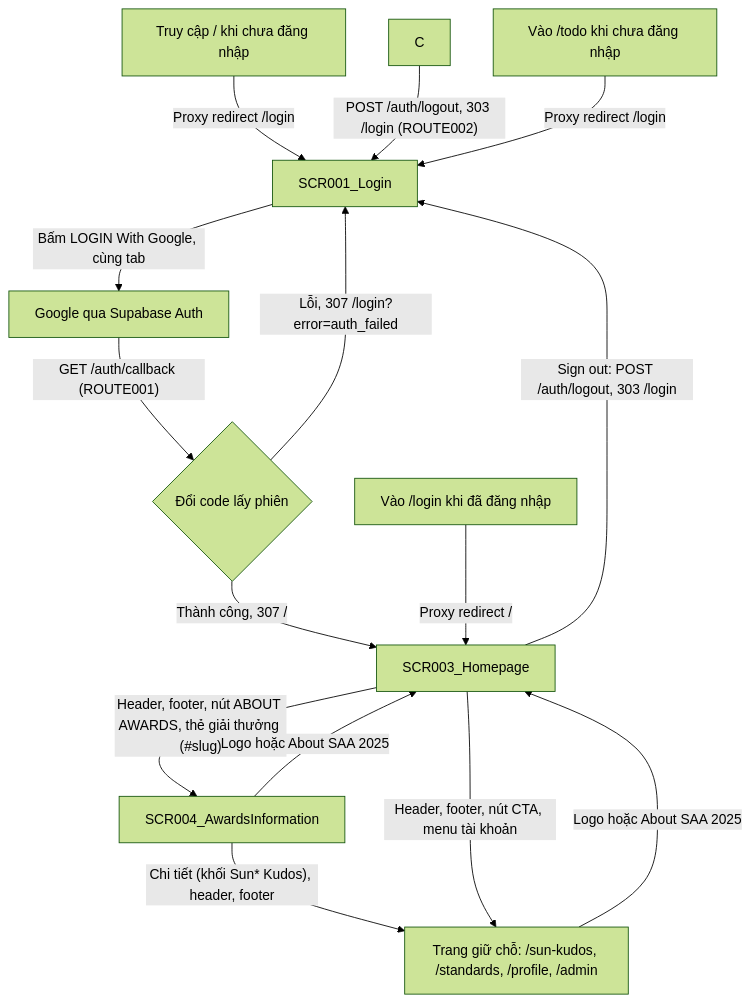
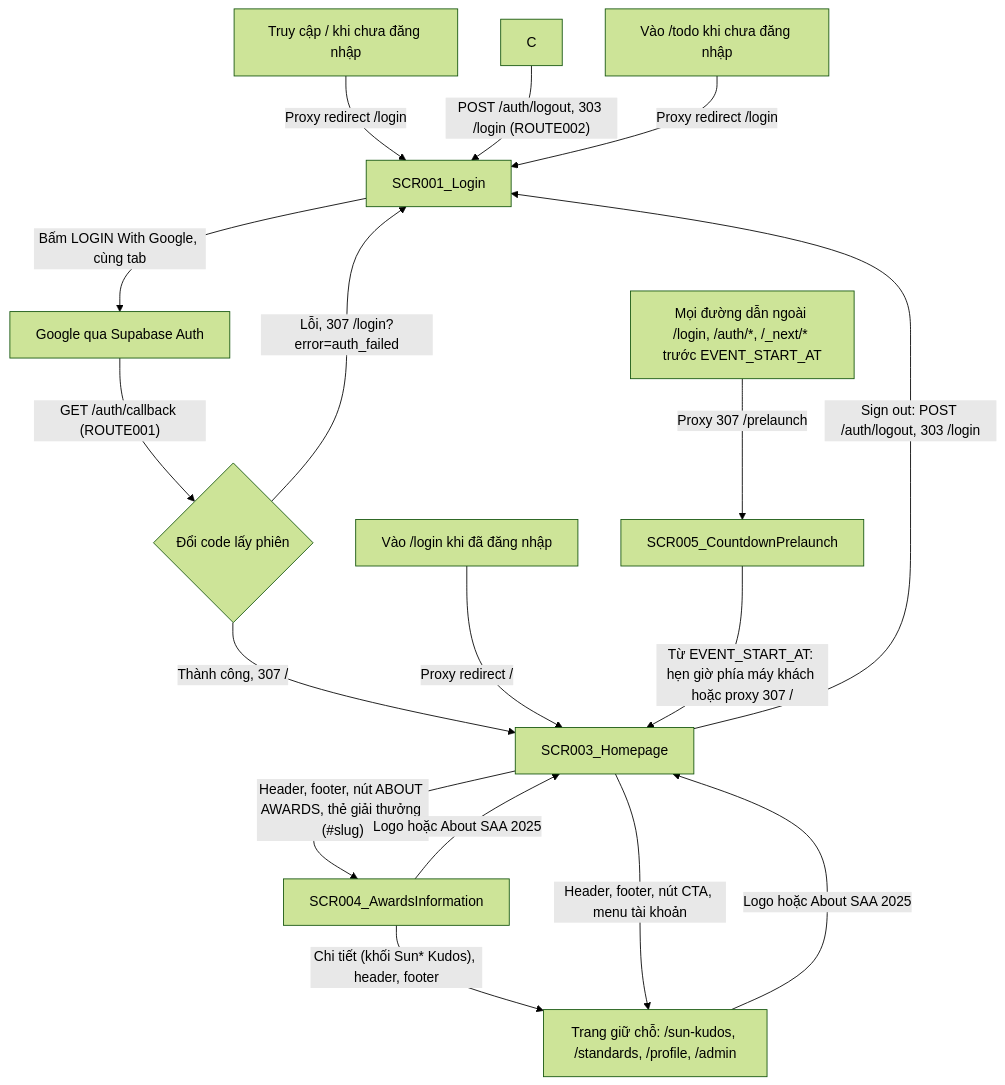
The first of 2 diagrams in docs/generated/screen-flow.md (ngocnv-0940/agentic-coding-hands-on), drawn with Mermaid (forest theme) before and after one commit. The commit also changed other lines of this file and 17 other files, not shown here.

Commit message:
docs(prelaunch): add F005 spec, SCR005 and update generated docs

````diff
--- a/docs/generated/screen-flow.md
+++ b/docs/generated/screen-flow.md
@@ -11,17 +11,19 @@
 ```mermaid
 graph TD
     A["Truy cập / khi chưa đăng nhập"] -->|"Proxy redirect /login"| B["SCR001_Login"]
     B -->|"Bấm LOGIN With Google, cùng tab"| G["Google qua Supabase Auth"]
     G -->|"GET /auth/callback (ROUTE001)"| H{"Đổi code lấy phiên"}
     H -->|"Thành công, 307 /"| HP["SCR003_Homepage"]
     H -->|"Lỗi, 307 /login?error=auth_failed"| B
     C -->|"POST /auth/logout, 303 /login (ROUTE002)"| B
     X["Vào /todo khi chưa đăng nhập"] -->|"Proxy redirect /login"| B
     Y["Vào /login khi đã đăng nhập"] -->|"Proxy redirect /"| HP
     HP -->|"Sign out: POST /auth/logout, 303 /login"| B
     HP -->|"Header, footer, nút ABOUT AWARDS, thẻ giải thưởng (#slug)"| AW["SCR004_AwardsInformation"]
     AW -->|"Logo hoặc About SAA 2025"| HP
     AW -->|"Chi tiết (khối Sun* Kudos), header, footer"| PH
     HP -->|"Header, footer, nút CTA, menu tài khoản"| PH["Trang giữ chỗ: /sun-kudos, /standards, /profile, /admin"]
     PH -->|"Logo hoặc About SAA 2025"| HP
+    Z["Mọi đường dẫn ngoài /login, /auth/*, /_next/* trước EVENT_START_AT"] -->|"Proxy 307 /prelaunch"| PL["SCR005_CountdownPrelaunch"]
+    PL -->|"Từ EVENT_START_AT: hẹn giờ phía máy khách hoặc proxy 307 /"| HP
 ```
````
